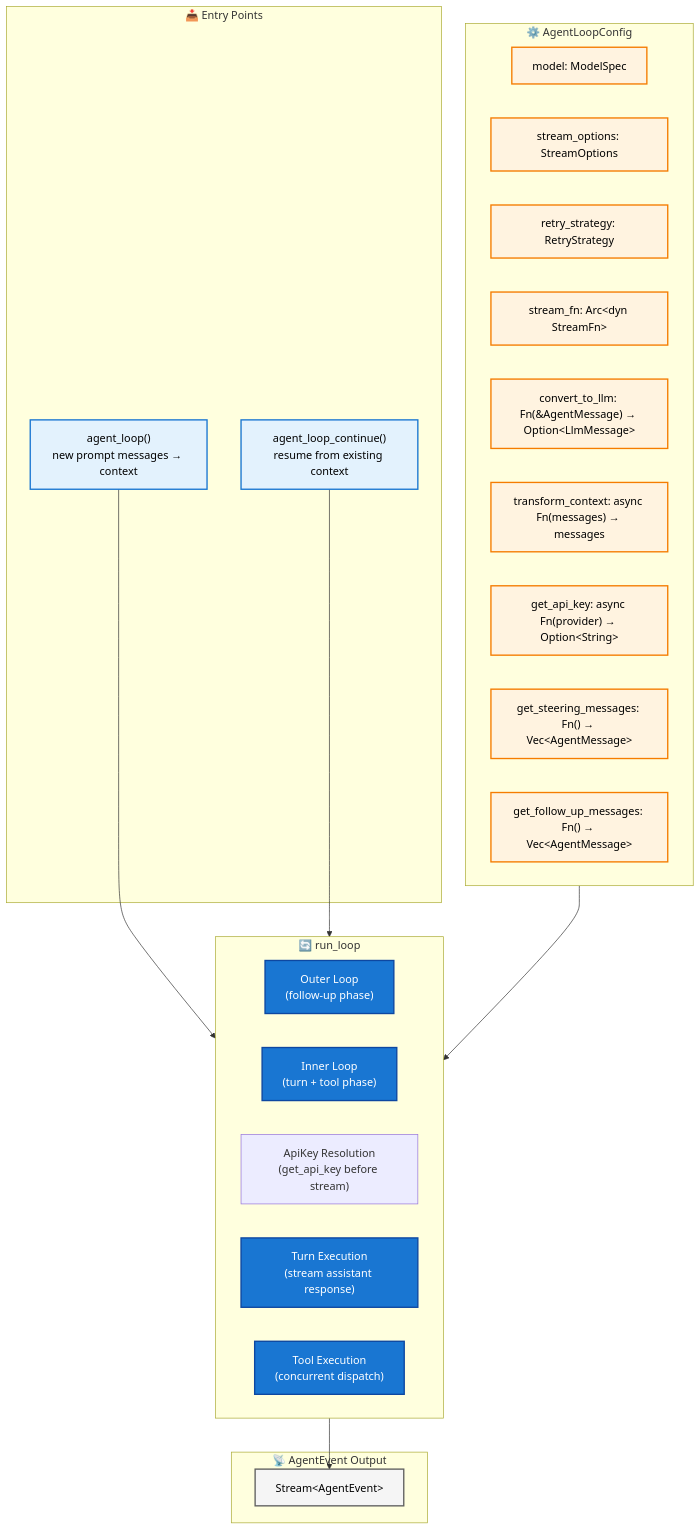
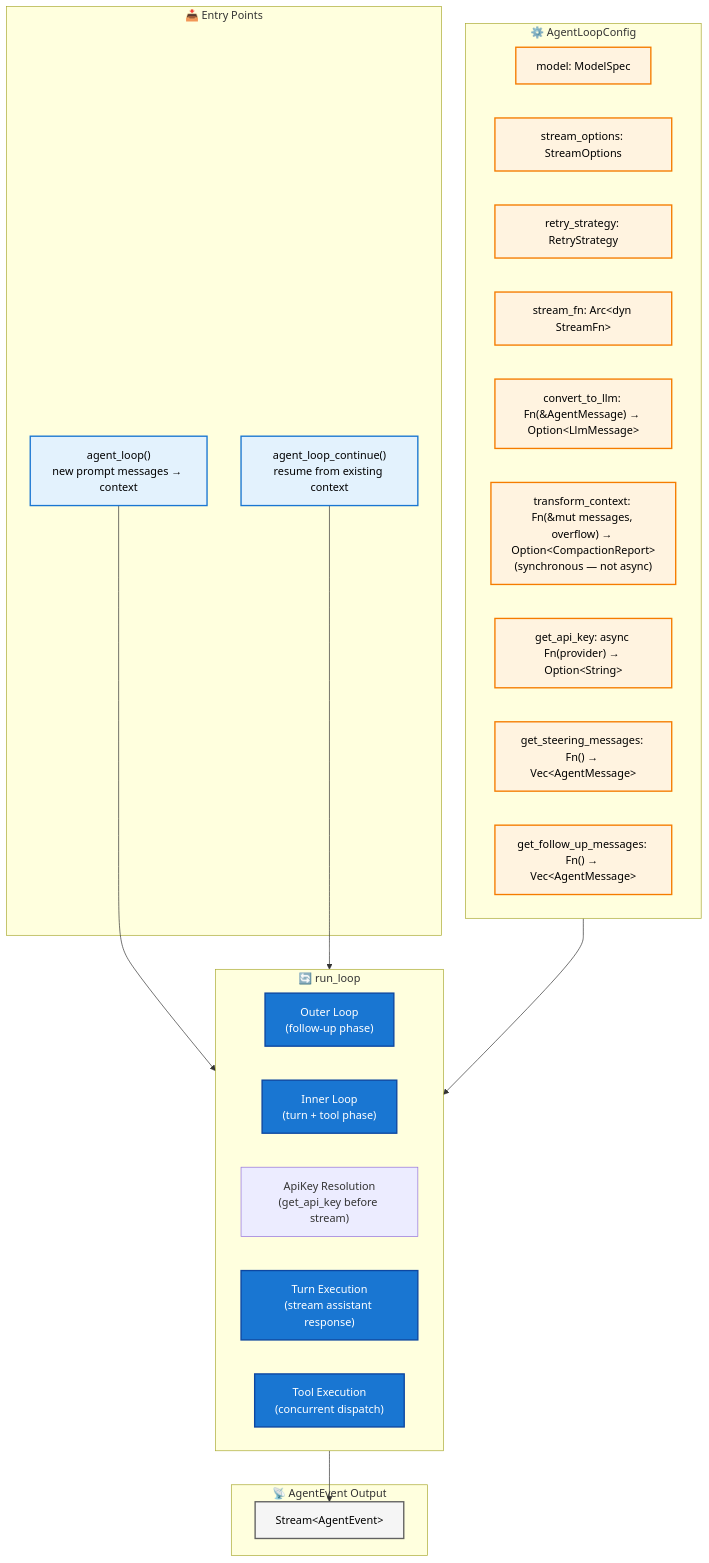
The first of 5 diagrams in docs/architecture/agent-loop/README.md (SuperSwinkAI/Swink-Agent), drawn with Mermaid before and after one commit. The commit also changed 11 other files, not shown here.

````diff
--- a/docs/architecture/agent-loop/README.md
+++ b/docs/architecture/agent-loop/README.md
@@ -12,46 +12,46 @@
 ```mermaid
 flowchart TB
     subgraph EntryPoints["📥 Entry Points"]
         AgentLoop["agent_loop()<br/>new prompt messages → context"]
         AgentLoopContinue["agent_loop_continue()<br/>resume from existing context"]
     end
 
     subgraph Config["⚙️ AgentLoopConfig"]
         Model["model: ModelSpec"]
         StreamOpts["stream_options: StreamOptions"]
         Retry["retry_strategy: RetryStrategy"]
         StreamFnField["stream_fn: Arc&lt;dyn StreamFn&gt;"]
         ConvertFn["convert_to_llm: Fn(&amp;AgentMessage) → Option&lt;LlmMessage&gt;"]
-        TransformFn["transform_context: async Fn(messages) → messages"]
+        TransformFn["transform_context: Fn(&amp;mut messages, overflow) → Option&lt;CompactionReport&gt;<br/>(synchronous — not async)"]
         ApiKey["get_api_key: async Fn(provider) → Option&lt;String&gt;"]
         SteerFn["get_steering_messages: Fn() → Vec&lt;AgentMessage&gt;"]
         FollowFn["get_follow_up_messages: Fn() → Vec&lt;AgentMessage&gt;"]
     end
 
     subgraph Core["🔄 run_loop"]
         OuterLoop["Outer Loop<br/>(follow-up phase)"]
         InnerLoop["Inner Loop<br/>(turn + tool phase)"]
         ResolveApiKey["ApiKey Resolution<br/>(get_api_key before stream)"]
         TurnExec["Turn Execution<br/>(stream assistant response)"]
         ToolExec["Tool Execution<br/>(concurrent dispatch)"]
     end
 
     subgraph Events["📡 AgentEvent Output"]
         AgentEvents["Stream&lt;AgentEvent&gt;"]
     end
 
     AgentLoop --> Core
     AgentLoopContinue --> Core
     Config --> Core
     Core --> AgentEvents
 
     classDef entryStyle fill:#e3f2fd,stroke:#1976d2,stroke-width:2px,color:#000
     classDef configStyle fill:#fff3e0,stroke:#f57c00,stroke-width:2px,color:#000
     classDef coreStyle fill:#1976d2,stroke:#0d47a1,stroke-width:2px,color:#fff
     classDef eventStyle fill:#f5f5f5,stroke:#616161,stroke-width:2px,color:#000
 
     class AgentLoop,AgentLoopContinue entryStyle
     class Model,StreamOpts,Retry,StreamFnField,ConvertFn,TransformFn,ApiKey,SteerFn,FollowFn configStyle
     class OuterLoop,InnerLoop,TurnExec,ToolExec coreStyle
     class AgentEvents eventStyle
 ```
````
